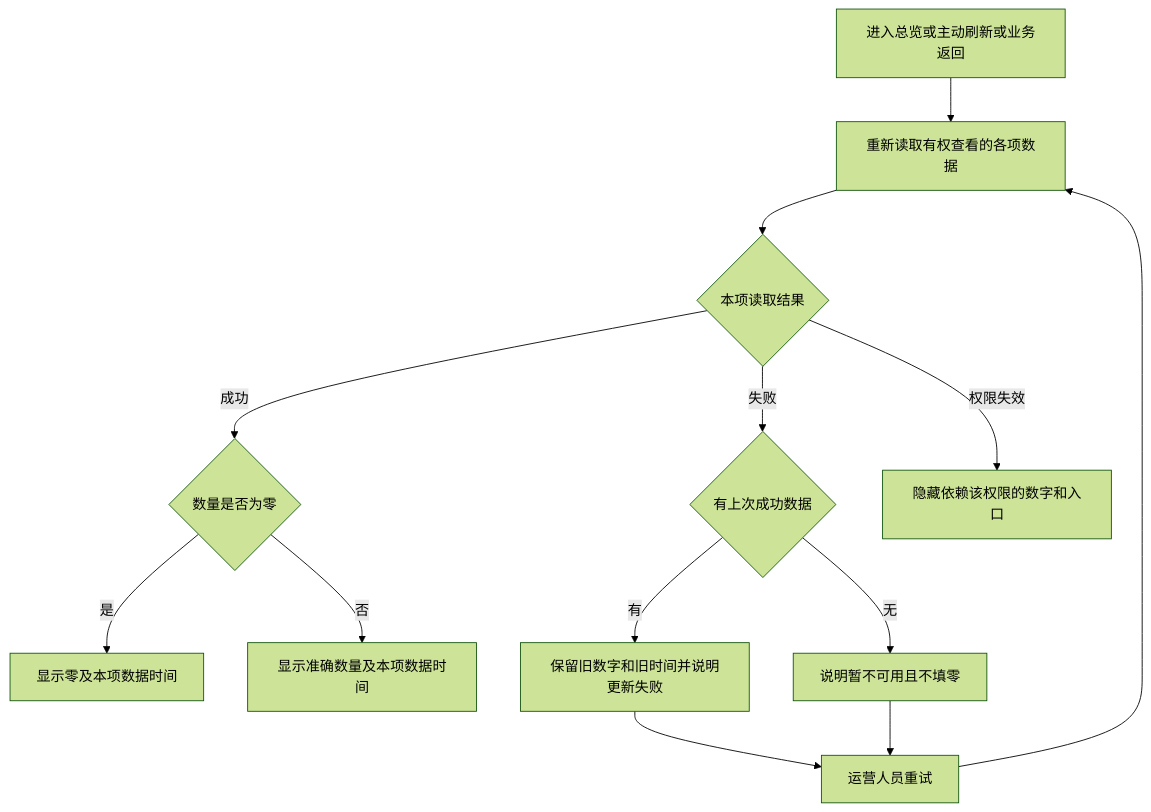
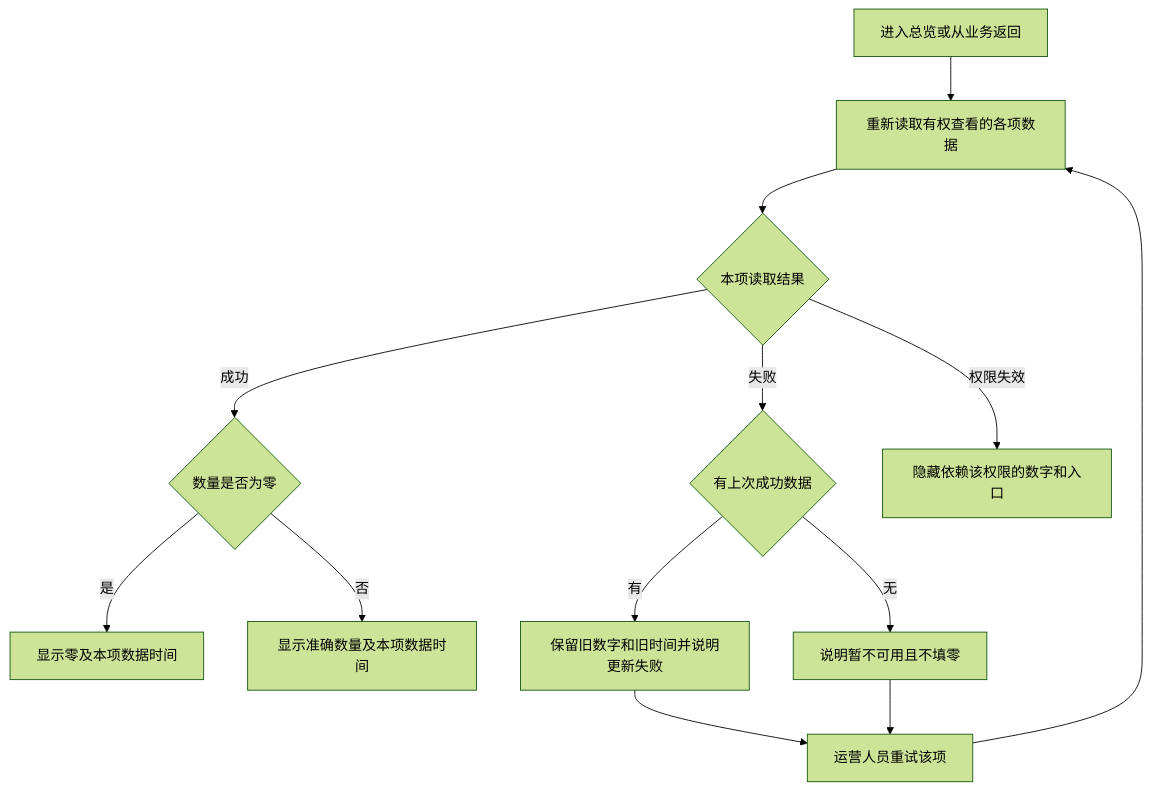
Before and after one commit to wxblockchain/Chain-Financing: the second of 2 diagrams in lending-platform/PRD/运营端/08-运营端总览/02-运营端总览-流程图与状态机.md, drawn with Mermaid (forest theme). The commit also changed other lines of this file and 49 other files, not shown here.

````diff
--- a/lending-platform/PRD/运营端/08-运营端总览/02-运营端总览-流程图与状态机.md
+++ b/lending-platform/PRD/运营端/08-运营端总览/02-运营端总览-流程图与状态机.md
@@ -42,15 +42,15 @@
 ```mermaid
 flowchart TD
-    A[进入总览或主动刷新或业务返回] --> B[重新读取有权查看的各项数据]
+    A[进入总览或从业务返回] --> B[重新读取有权查看的各项数据]
     B --> C{本项读取结果}
     C -->|成功| D{数量是否为零}
     D -->|是| E[显示零及本项数据时间]
     D -->|否| F[显示准确数量及本项数据时间]
     C -->|失败| G{有上次成功数据}
     G -->|有| H[保留旧数字和旧时间并说明更新失败]
     G -->|无| I[说明暂不可用且不填零]
-    H --> J[运营人员重试]
+    H --> J[运营人员重试该项]
     I --> J
     J --> B
     C -->|权限失效| K[隐藏依赖该权限的数字和入口]
 ```
````
